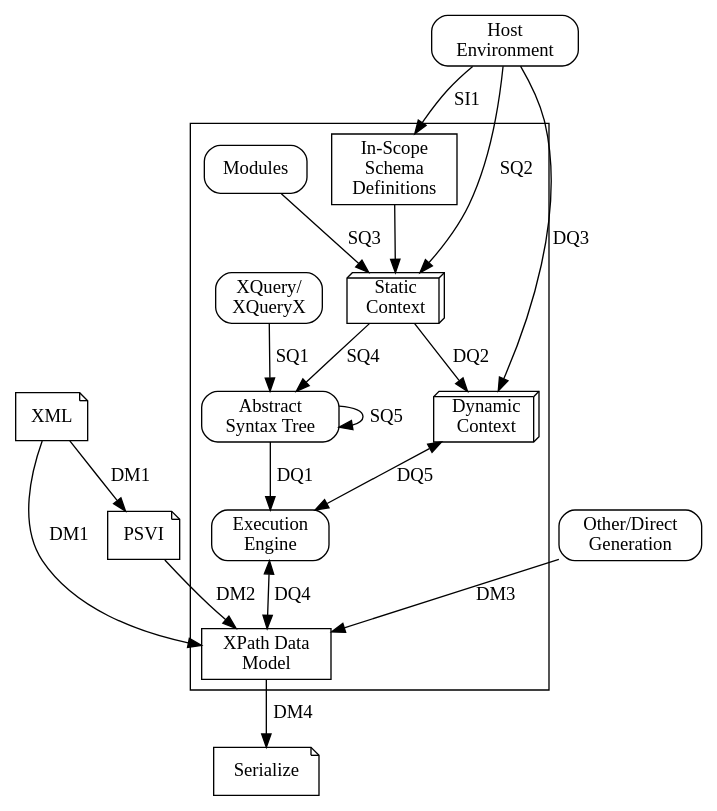
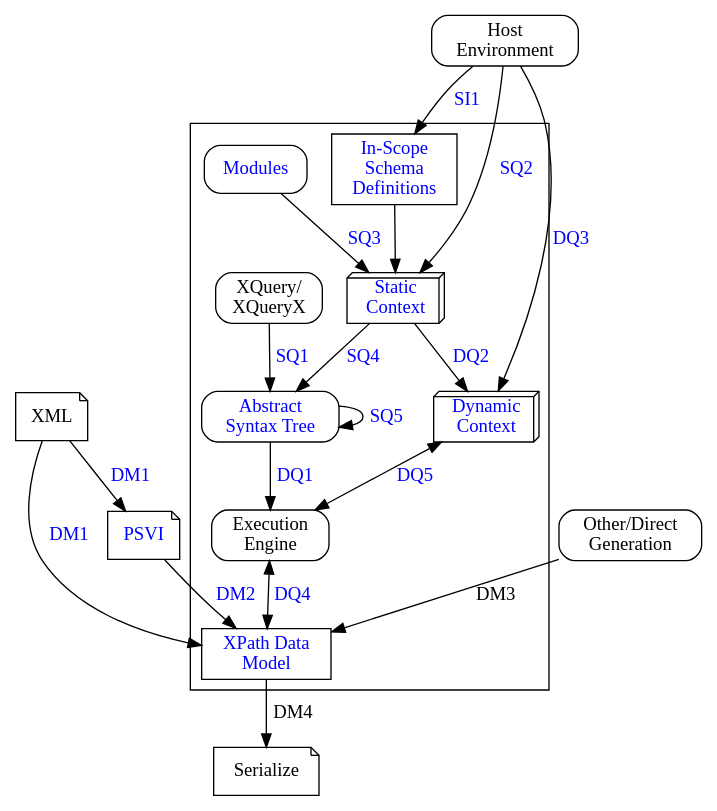
Before and after one commit to qt4cg/qtspecs: the diagram in specifications/xquery-40/image-sources/procmod-xquery.dot, drawn with Graphviz. The commit also changed 4 other files, not shown here.

First line of the commit message:
Add links from processing model diagrams

```diff
--- a/specifications/xquery-40/image-sources/procmod-xquery.dot
+++ b/specifications/xquery-40/image-sources/procmod-xquery.dot
@@ -1,38 +1,48 @@
 digraph Processing_Model {
     subgraph clusterQT4 {
         Exec [label="Execution\nEngine"; shape=rect; style=rounded ];
-        XDM [label="XPath Data\nModel"; shape=rect ];
-        AST [label="Abstract\nSyntax Tree"; shape=rect; style=rounded ];
-        Static [label="Static\nContext"; shape="box3d" ];
-        Dynamic [label="Dynamic\nContext"; shape="box3d" ];
-        Schema [label="In-Scope\nSchema\nDefinitions"; shape=rect ];
+        XDM [label="XPath Data\nModel"; shape=rect;
+             fontcolor=blue;
+             URL="#dt-data-model-instance"];
+        AST [label="Abstract\nSyntax Tree"; shape=rect; style=rounded;
+             fontcolor="blue"; URL="#SQ5" ];
+        Static [label="Static\nContext"; shape="box3d";
+                fontcolor="blue";
+                URL="#dt-static-context"];
+        Dynamic [label="Dynamic\nContext"; shape="box3d";
+                 fontcolor="blue";
+                 URL="#dt-dynamic-context"];
+        Schema [label="In-Scope\nSchema\nDefinitions"; shape=rect;
+                fontcolor="blue";
+                URL="#dt-issd"];
         XQuery [label="XQuery/\nXQueryX"; shape=rect; style=rounded ];
-        Modules [label="Modules"; shape=rect; style=rounded ];
+        Modules [label="Modules"; shape=rect; style=rounded;
+                 fontcolor="blue"; URL="#id-module-declaration" ];
 
-        XQuery -> AST [label=" SQ1" ];
-        AST -> AST [label=" SQ5" ];
-        AST -> Exec [label=" DQ1" ];
+        XQuery -> AST [label=" SQ1"; fontcolor="blue"; URL="#SQ1234" ];
+        AST -> AST [label=" SQ5"; fontcolor="blue"; URL="#SQ5" ];
+        AST -> Exec [label=" DQ1"; fontcolor="blue"; URL="#DQ12345" ];
         Schema -> Static;
-        Modules -> Static [label=" SQ3" ];
-        Static -> AST [label=" SQ4" ];
-        Static -> Dynamic [label=" DQ2" ];
-        Dynamic -> Exec [ dir="both"; label=" DQ5" ];
-        Exec -> XDM [ dir="both"; label=" DQ4" ];
+        Modules -> Static [label=" SQ3"; fontcolor="blue"; URL="#SQ1234" ];
+        Static -> AST [label=" SQ4"; fontcolor="blue"; URL="#SQ1234"  ];
+        Static -> Dynamic [label=" DQ2"; fontcolor="blue"; URL="#DQ12345" ];
+        Dynamic -> Exec [ dir="both"; label=" DQ5"; fontcolor="blue"; URL="#DQ12345" ];
+        Exec -> XDM [ dir="both"; label=" DQ4"; fontcolor="blue"; URL="#DQ12345" ];
     }
     XML [ shape="note" ];
-    PSVI [ shape="note" ];
-    XML -> PSVI [ label=" DM1" ];
-    PSVI -> XDM  [ label=" DM2" ];
-    XML -> XDM [ label=" DM1" ];
+    PSVI [ shape="note"; fontcolor="blue"; URL="#id-data-model-generation" ];
+    XML -> PSVI [ label=" DM1"; fontcolor="blue"; URL="#DM1" ];
+    PSVI -> XDM  [ label=" DM2"; fontcolor="blue"; URL="#DM2" ];
+    XML -> XDM [ label=" DM1"; fontcolor="blue"; URL="#DM1" ];
 
     Direct [ label="Other/Direct\nGeneration"; shape=rect; style=rounded ];
     Direct -> XDM [ label=" DM3" ];
 
     Host [ label="Host\nEnvironment"; shape=rect; style=rounded ];
-    Host -> Schema [label=" SI1" ];
-    Host -> Static [label=" SQ2" ];
-    Host -> Dynamic [label=" DQ3" ];
+    Host -> Schema [label=" SI1"; fontcolor="blue"; URL="#id-schema-import-processing" ];
+    Host -> Static [label=" SQ2"; fontcolor="blue"; URL="#SQ1234" ];
+    Host -> Dynamic [label=" DQ3"; fontcolor="blue"; URL="#DQ12345" ];
 
     Serialize [ shape="note"; bgcolor="#FF00FF"; ];
     XDM -> Serialize [ label=" DM4" ];
 }
```
